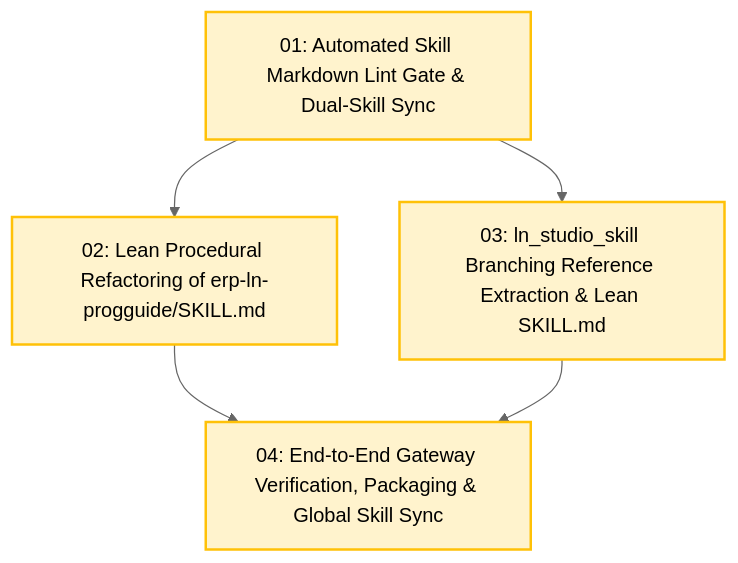
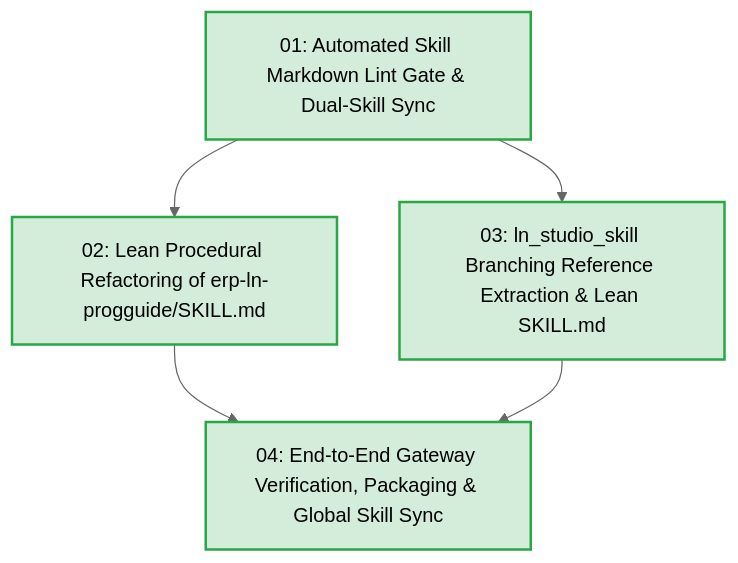
The diagram in docs/plans/Tickets.md (VerginEvil/Skill_LN), drawn with Mermaid (neutral theme) before and after one commit. The commit also changed other lines of this file and 8 other files, not shown here.

First line of the commit message:
feat(skill): implement lean skill architecture, progressive disclosure, and markdown lint gate (ADR 0017)

````diff
--- a/docs/plans/Tickets.md
+++ b/docs/plans/Tickets.md
@@ -12,15 +12,15 @@
 ```mermaid
 flowchart TD
     T01["01: Automated Skill Markdown Lint Gate & Dual-Skill Sync"]
     T02["02: Lean Procedural Refactoring of erp-ln-progguide/SKILL.md"]
     T03["03: ln_studio_skill Branching Reference Extraction & Lean SKILL.md"]
     T04["04: End-to-End Gateway Verification, Packaging & Global Skill Sync"]
 
     T01 --> T02
     T01 --> T03
     T02 --> T04
     T03 --> T04
 
-    classDef ready fill:#fff3cd,stroke:#ffc107,stroke-width:2px;
-    class T01,T02,T03,T04 ready;
+    classDef done fill:#d4edda,stroke:#28a745,stroke-width:2px;
+    class T01,T02,T03,T04 done;
 ```
````
